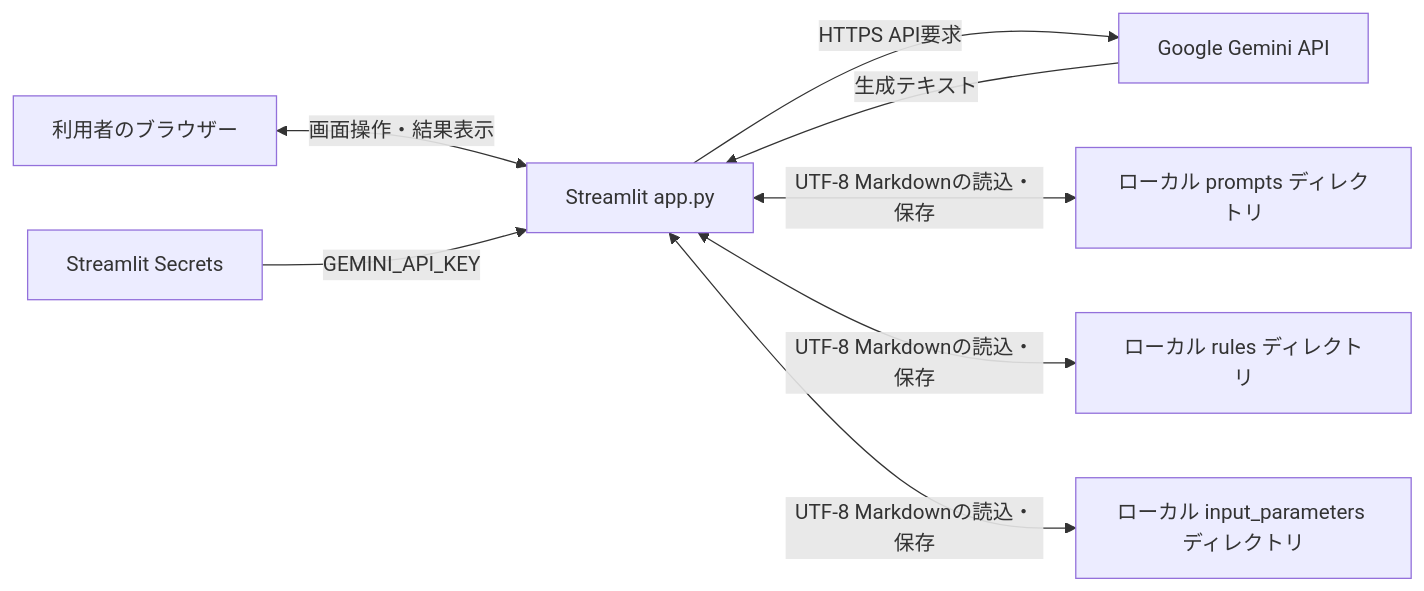
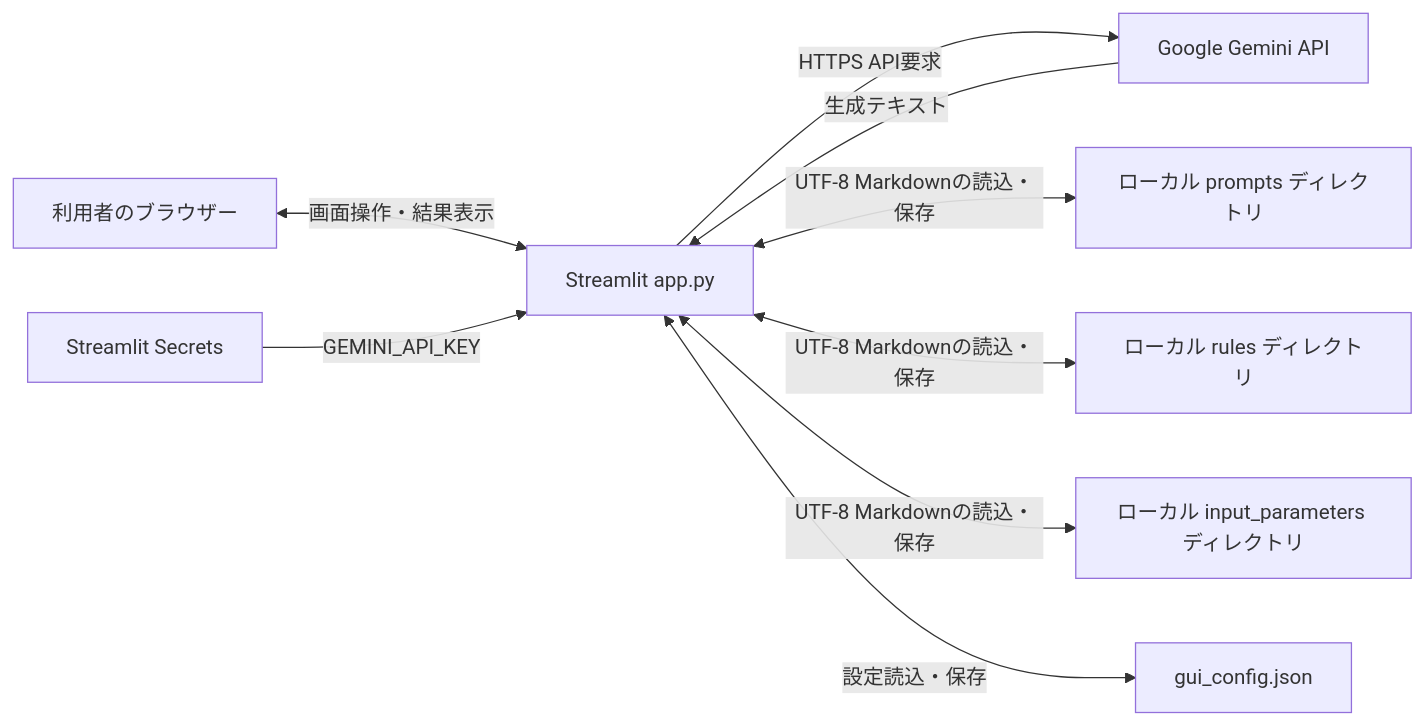
Before and after one commit to nakanishi001/AiPromptManagementTool: the diagram in documents/02_basic_design/basic_design.md, drawn with Mermaid. The commit also changed other lines of this file and 11 other files, not shown here.

````diff
--- a/documents/02_basic_design/basic_design.md
+++ b/documents/02_basic_design/basic_design.md
@@ -25,10 +29,11 @@
 ```mermaid
 flowchart LR
     U[利用者のブラウザー] <-->|画面操作・結果表示| A[Streamlit app.py]
     A -->|HTTPS API要求| G[Google Gemini API]
     G -->|生成テキスト| A
     A <-->|UTF-8 Markdownの読込・保存| P[ローカル prompts ディレクトリ]
     A <-->|UTF-8 Markdownの読込・保存| R[ローカル rules ディレクトリ]
     A <-->|UTF-8 Markdownの読込・保存| I[ローカル input_parameters ディレクトリ]
+    A <-->|設定読込・保存| C[gui_config.json]
     S[Streamlit Secrets] -->|GEMINI_API_KEY| A
 ```
````
